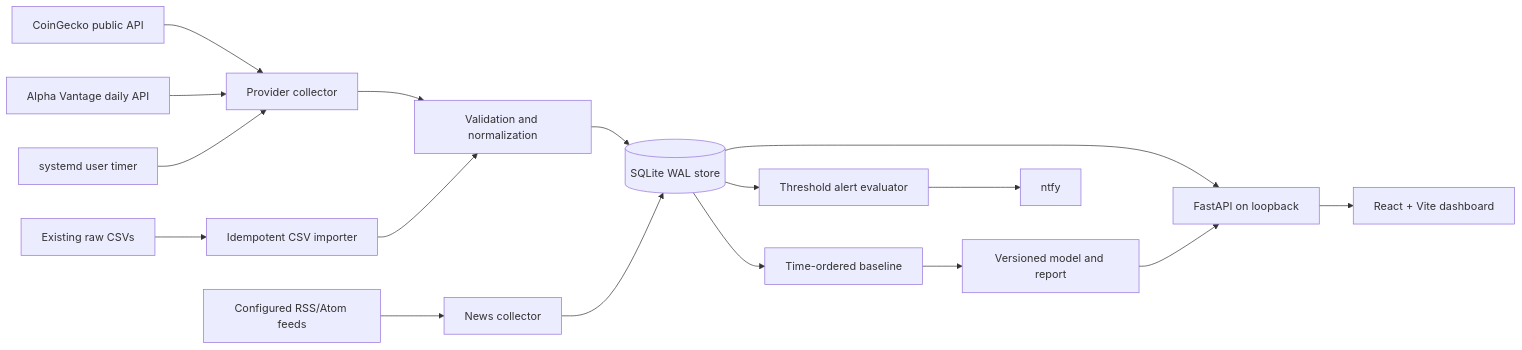
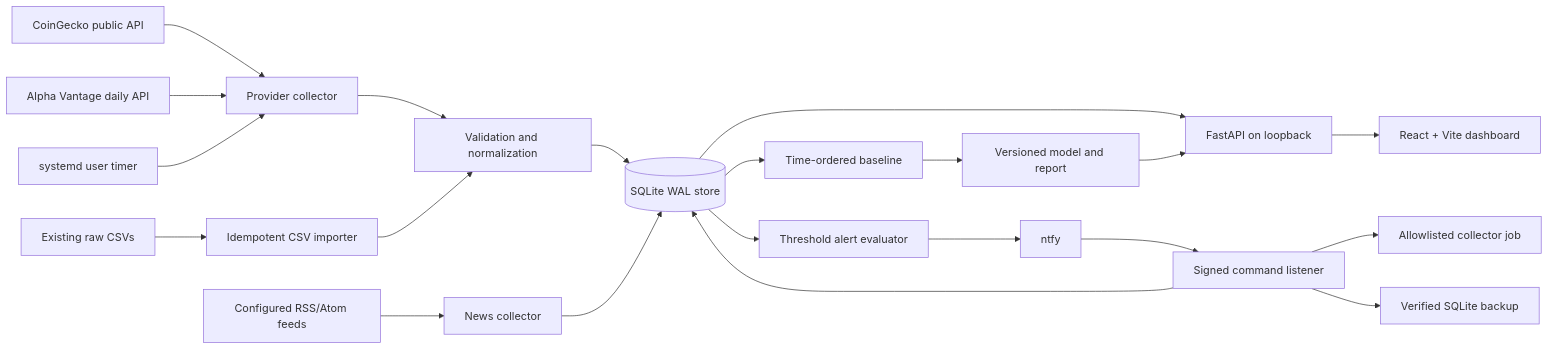
Before and after one commit to VoVanChung2508/market-intelligence: the first of 2 diagrams in docs/ARCHITECTURE.md, drawn with Mermaid. The commit also changed other lines of this file and 23 other files, not shown here.

First line of the commit message:
feat: Implement authentication flow with session restoration and user management

````diff
--- a/docs/ARCHITECTURE.md
+++ b/docs/ARCHITECTURE.md
@@ -5,19 +5,23 @@
 ```mermaid
 flowchart LR
   CG[CoinGecko public API] --> C[Provider collector]
   AV[Alpha Vantage daily API] --> C
   RSS[Configured RSS/Atom feeds] --> NC[News collector]
   CSV[Existing raw CSVs] --> I[Idempotent CSV importer]
   C --> V[Validation and normalization]
   I --> V
   V --> DB[(SQLite WAL store)]
   DB --> API[FastAPI on loopback]
   API --> UI[React + Vite dashboard]
   DB --> ML[Time-ordered baseline]
   ML --> ART[Versioned model and report]
   ART --> API
   DB --> ALERT[Threshold alert evaluator]
   ALERT --> NTFY[ntfy]
+  NTFY --> CMD[Signed command listener]
+  CMD --> DB
+  CMD --> COLLECTOR[Allowlisted collector job]
+  CMD --> BACKUP[Verified SQLite backup]
   NC --> DB
   TIMER[systemd user timer] --> C
 ```
````
